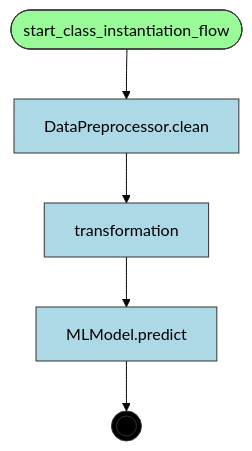
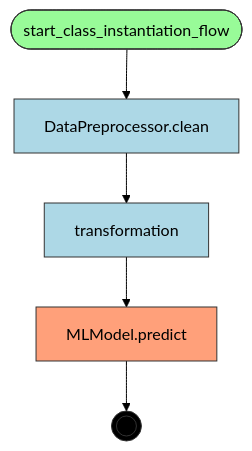
Before and after one commit to deliveryhero/asya: the diagram in examples/flows/compiled/sequential_with_class/flow.mmd, drawn with Mermaid (forest theme). The commit also changed 364 other files, not shown here.

First line of the commit message:
feat(compiler): Phase 2 — 5-step pipeline with manifest generation and FlowInfo (#339)

```diff
--- a/examples/flows/compiled/sequential_with_class/flow.mmd
+++ b/examples/flows/compiled/sequential_with_class/flow.mmd
@@ -1,21 +1,23 @@
 flowchart TD
     %% Flow: class_instantiation_flow
 
     sequential_with_class_DataPreprocessor_clean[DataPreprocessor.clean]
     sequential_with_class_MLModel_predict[MLModel.predict]
     start_class_instantiation_flow([start_class_instantiation_flow])
     transformation[transformation]
     __end__((( )))
 
     start_class_instantiation_flow --> sequential_with_class_DataPreprocessor_clean
     sequential_with_class_DataPreprocessor_clean --> transformation
     transformation --> sequential_with_class_MLModel_predict
     sequential_with_class_MLModel_predict --> __end__
 
-    classDef entrypoint fill:#98FB98,stroke:#333
+    classDef start fill:#98FB98,stroke:#333
+    classDef endnode fill:#FFA07A,stroke:#333
     classDef router fill:#F5DEB3,stroke:#333
     classDef handler fill:#ADD8E6,stroke:#333
     classDef endpoint fill:#000,stroke:#333,color:#fff
-    class start_class_instantiation_flow entrypoint
-    class sequential_with_class_DataPreprocessor_clean,sequential_with_class_MLModel_predict,transformation handler
+    class start_class_instantiation_flow start
+    class sequential_with_class_MLModel_predict endnode
+    class sequential_with_class_DataPreprocessor_clean,transformation handler
     class __end__ endpoint
```
